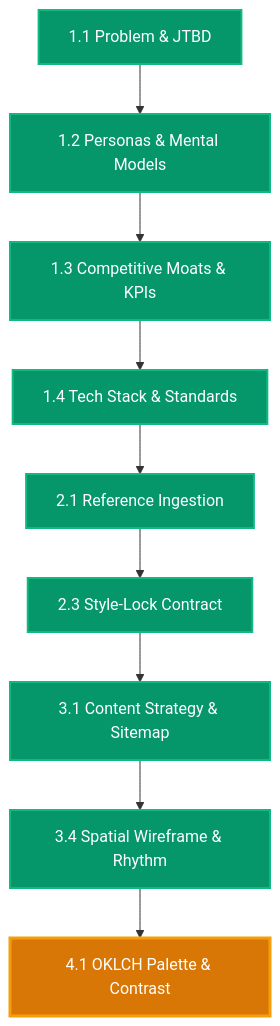
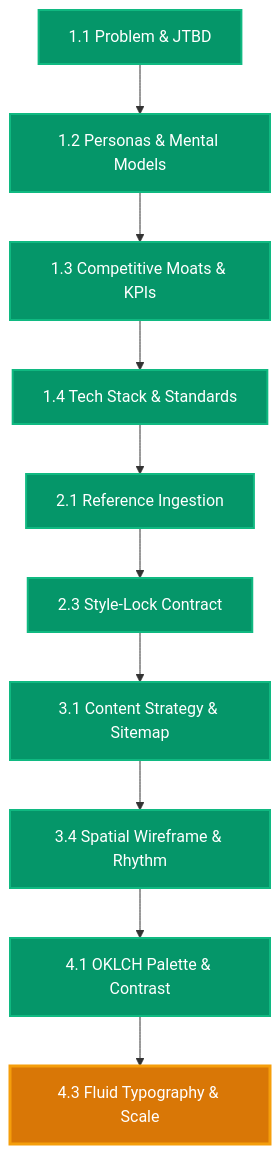
One commit to atinek-182/Vidya-Dham-Academy changed the diagram in RESUME.md. Above: the diagram before and after it, drawn with Mermaid. The commit also changed other lines of this file and 5 other files, not shown here.

Commit message:
[EVOLVE]: Phase 4.1 OKLCH palette, contrast matrix, and Golden Ratio scale specifications

````diff
--- a/RESUME.md
+++ b/RESUME.md
@@ -41,15 +41,16 @@
 ```mermaid
 graph TD
   P1_1["1.1 Problem & JTBD"]:::completed --> P1_2["1.2 Personas & Mental Models"]:::completed
   P1_2 --> P1_3["1.3 Competitive Moats & KPIs"]:::completed
   P1_3 --> P1_4["1.4 Tech Stack & Standards"]:::completed
   P1_4 --> P2_1["2.1 Reference Ingestion"]:::completed
   P2_1 --> P2_3["2.3 Style-Lock Contract"]:::completed
   P2_3 --> P3_1["3.1 Content Strategy & Sitemap"]:::completed
   P3_1 --> P3_4["3.4 Spatial Wireframe & Rhythm"]:::completed
-  P3_4 --> P4_1["4.1 OKLCH Palette & Contrast"]:::active
+  P3_4 --> P4_1["4.1 OKLCH Palette & Contrast"]:::completed
+  P4_1 --> P4_3["4.3 Fluid Typography & Scale"]:::active
 
   classDef completed fill:#059669,stroke:#10b981,color:#ffffff,stroke-width:2px;
   classDef active fill:#d97706,stroke:#f59e0b,color:#ffffff,stroke-width:3px;
   classDef pending fill:#1f2937,stroke:#374151,color:#9ca3af,stroke-width:1px;
 ```
````
